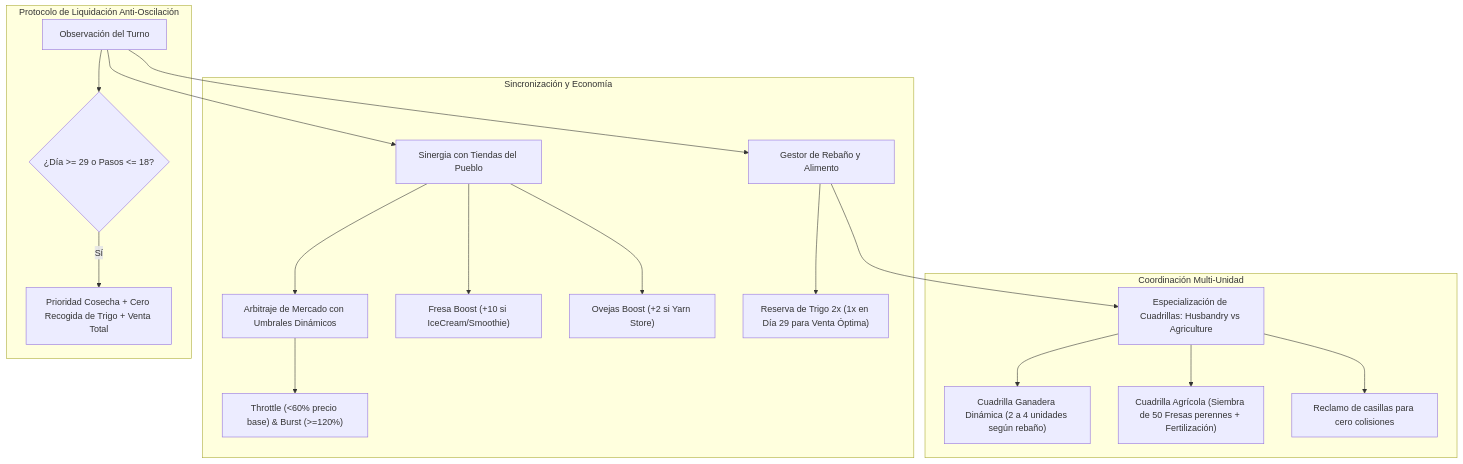
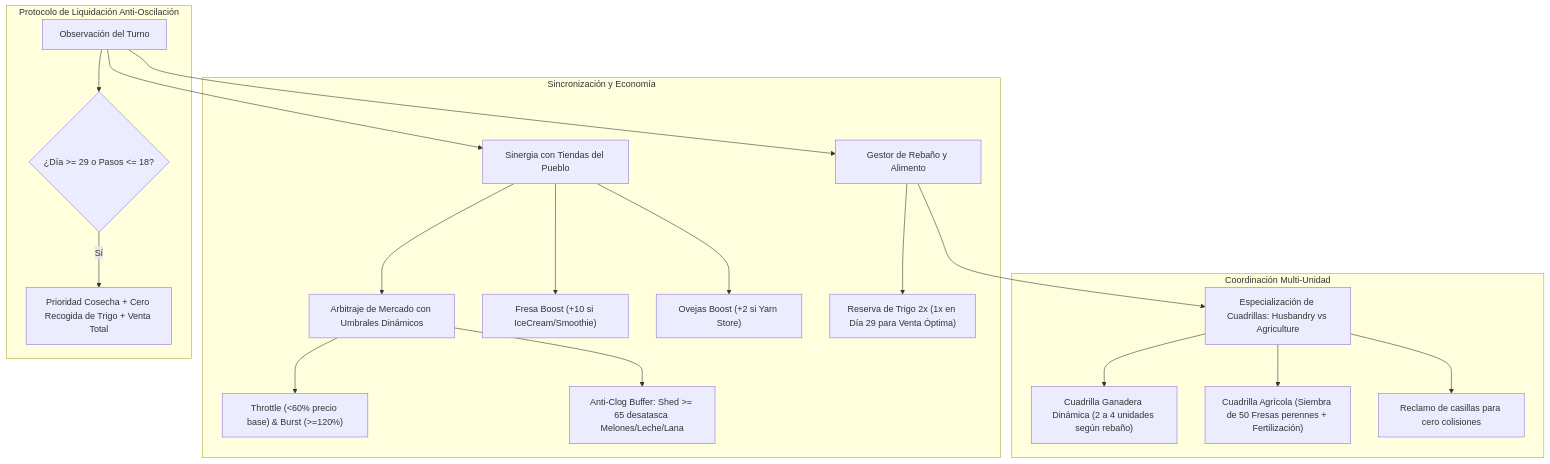
One commit to javier-hernaez/kaggle-portfolio changed the diagram in 06_kaggriculture/README.md. Above: the diagram before and after it, drawn with Mermaid. The commit also changed other lines of this file and 3 other files, not shown here.

Commit message:
feat(kaggriculture): Grandmaster Agent v13 Titan (anti-clog shed protection, 87.5% mirror winrate, +.1k net margin)

````diff
--- a/06_kaggriculture/README.md
+++ b/06_kaggriculture/README.md
@@ -75,25 +76,26 @@
 ```mermaid
 flowchart TD
     A[Observación del Turno] --> B[Sinergia con Tiendas del Pueblo]
     A --> C[Gestor de Rebaño y Alimento]
     B --> D[Arbitraje de Mercado con Umbrales Dinámicos]
     C --> E[Especialización de Cuadrillas: Husbandry vs Agriculture]
     
     subgraph Sincronización y Economía
         B --> F1["Fresa Boost (+10 si IceCream/Smoothie)"]
         B --> F2["Ovejas Boost (+2 si Yarn Store)"]
         D --> F3["Throttle (<60% precio base) & Burst (>=120%)"]
-        C --> F4["Reserva de Trigo 2x (1x en Día 29 para Venta Óptima)"]
+        D --> F4["Anti-Clog Buffer: Shed >= 65 desatasca Melones/Leche/Lana"]
+        C --> F5["Reserva de Trigo 2x (1x en Día 29 para Venta Óptima)"]
     end
     
     subgraph Coordinación Multi-Unidad
         E --> G1["Cuadrilla Ganadera Dinámica (2 a 4 unidades según rebaño)"]
         E --> G2["Cuadrilla Agrícola (Siembra de 50 Fresas perennes + Fertilización)"]
         E --> G3["Reclamo de casillas para cero colisiones"]
     end
     
     subgraph Protocolo de Liquidación Anti-Oscilación
         A --> H{"¿Día >= 29 o Pasos <= 18?"}
         H -- Sí --> I["Prioridad Cosecha + Cero Recogida de Trigo + Venta Total"]
     end
 ```
````
